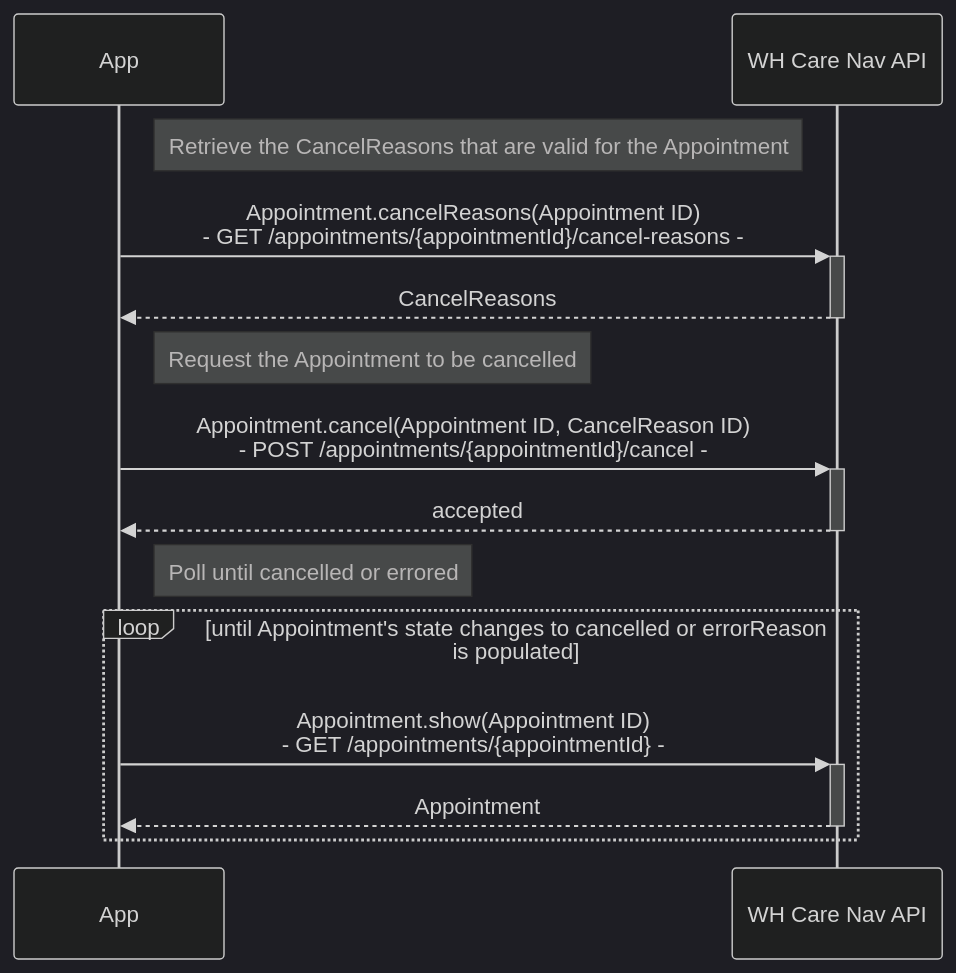
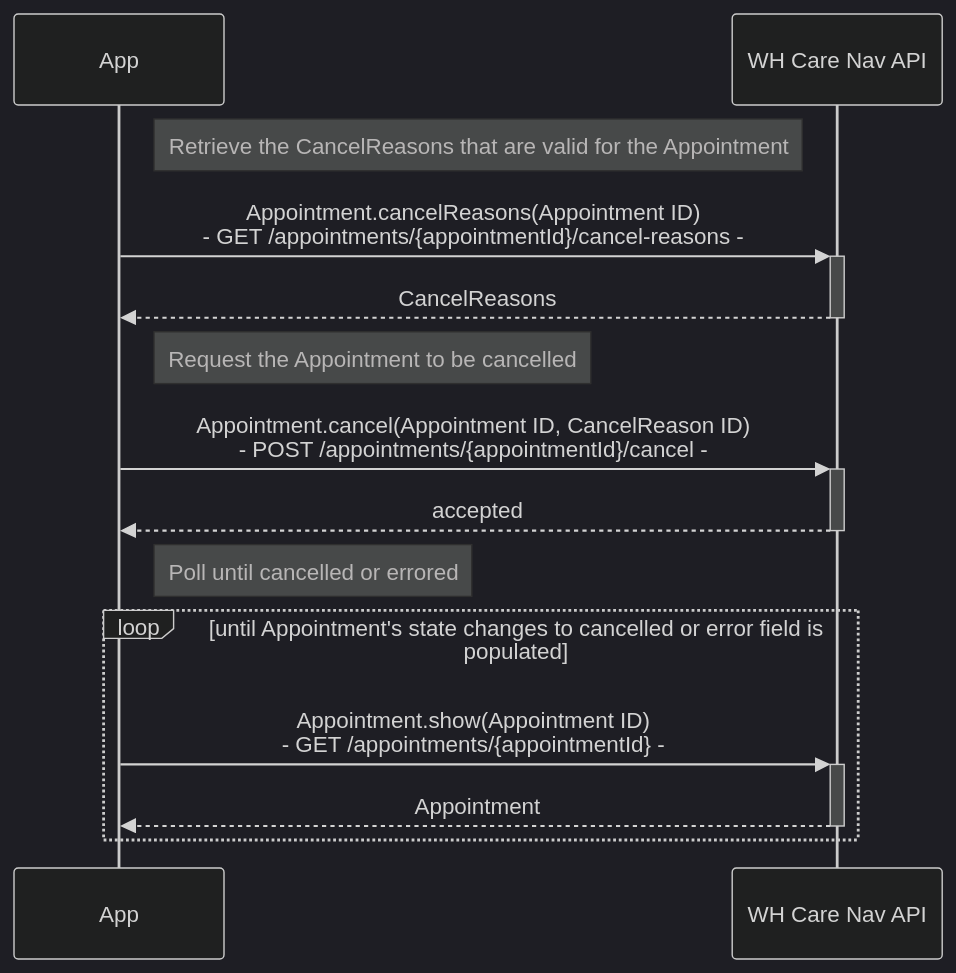
Before and after one commit to wellhive/api-docs: the sixth of 6 diagrams in README.md, drawn with Mermaid (dark theme). The commit also changed other lines of this file and 1 other file, not shown here.

````diff
--- a/README.md
+++ b/README.md
@@ -249,20 +249,20 @@
 ```mermaid
 sequenceDiagram
 
 participant c as App
 participant n as WH Care Nav API
 
 Note right of c: Retrieve the CancelReasons that are valid for the Appointment
 c->>+n: Appointment.cancelReasons(Appointment ID)<br> - GET /appointments/{appointmentId}/cancel-reasons - 
 n-->>-c: CancelReasons
 
 Note right of c: Request the Appointment to be cancelled
 c->>+n: Appointment.cancel(Appointment ID, CancelReason ID)<br> - POST /appointments/{appointmentId}/cancel -
 n-->>-c: accepted
 
 Note right of c: Poll until cancelled or errored
-loop until Appointment's state changes to cancelled or errorReason is populated
+loop until Appointment's state changes to cancelled or error field is populated
 c->>+n: Appointment.show(Appointment ID)<br> - GET /appointments/{appointmentId} -
 n-->>-c: Appointment
 end
 ```
````
